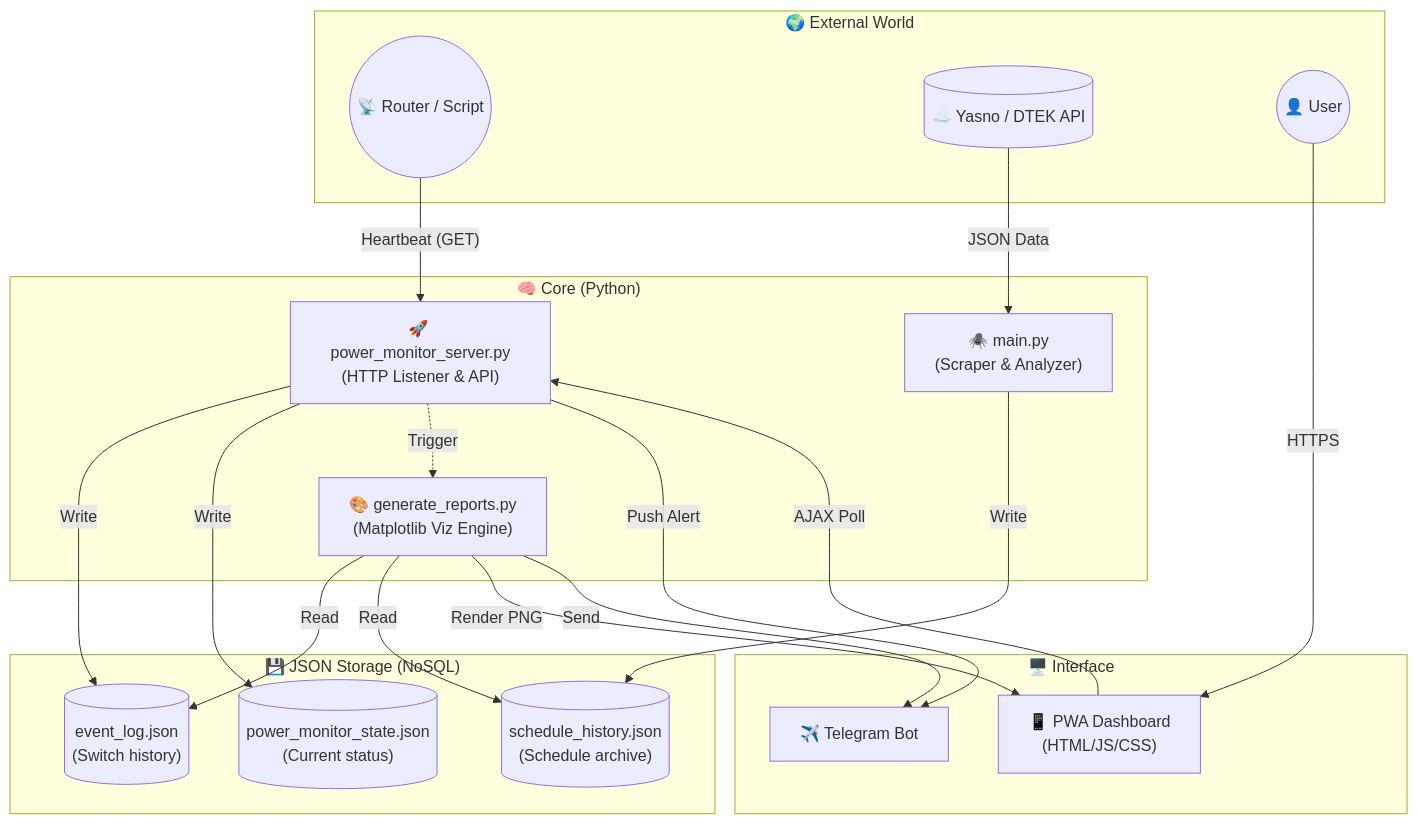
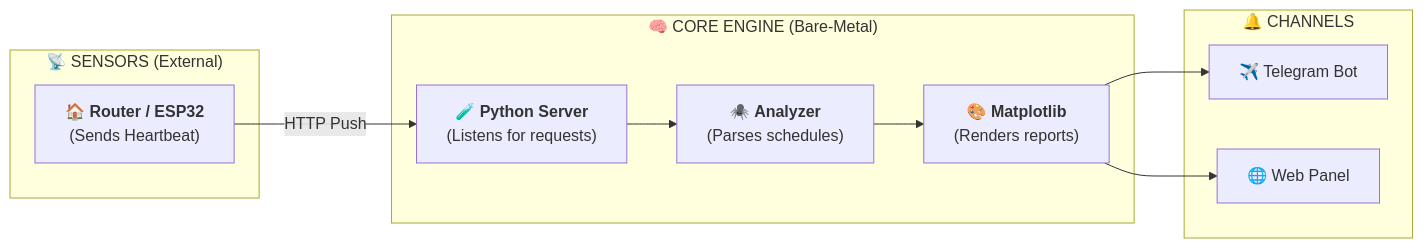
The diagram in README_ENG.md (weby-homelab/light-monitor-kyiv), drawn with Mermaid before and after one commit. The commit also changed other lines of this file and 1 other file, not shown here.

````diff
--- a/README_ENG.md
+++ b/README_ENG.md
@@ -48,44 +31,23 @@
 ```mermaid
-graph TD
-    subgraph External["🌍 External World"]
-        Router(("📡 Router / Script"))
-        Yasno[("☁️ Yasno / DTEK API")]
-        User(("👤 User"))
+graph LR
+    subgraph Sensors ["📡 SENSORS (External)"]
+        Router["🏠 <b>Router / ESP32</b><br/>(Sends Heartbeat)"]
     end
 
-    subgraph Backend["🧠 Core (Python)"]
-        Monitor["🚀 power_monitor_server.py<br>(HTTP Listener & API)"]
-        Scraper["🕷️ main.py<br>(Scraper & Analyzer)"]
-        Generator["🎨 generate_reports.py<br>(Matplotlib Viz Engine)"]
+    subgraph Core ["🧠 CORE ENGINE (Bare-Metal)"]
+        API["🧪 <b>Python Server</b><br/>(Listens for requests)"]
+        Parser["🕷️ <b>Analyzer</b><br/>(Parses schedules)"]
+        Viz["🎨 <b>Matplotlib</b><br/>(Renders reports)"]
     end
 
-    subgraph Database["💾 JSON Storage (NoSQL)"]
-        EventLog[("event_log.json<br>(Switch history)")]
-        SchedLog[("schedule_history.json<br>(Schedule archive)")]
-        State[("power_monitor_state.json<br>(Current status)")]
+    subgraph Notify ["🔔 CHANNELS"]
+        TG["✈️ Telegram Bot"]
+        Web["🌐 Web Panel"]
     end
 
-    subgraph Frontend["🖥️ Interface"]
-        TG["✈️ Telegram Bot"]
-        PWA["📱 PWA Dashboard<br>(HTML/JS/CSS)"]
-    end
-
-    %% Data Flow
-    Router -- "Heartbeat (GET)" --> Monitor
-    Yasno -- "JSON Data" --> Scraper
-    
-    %% Logic
-    Monitor -- "Write" --> EventLog & State
-    Scraper -- "Write" --> SchedLog
-    Monitor -.-> |"Trigger"| Generator
-    
-    %% Visualization
-    Generator -- "Read" --> EventLog & SchedLog
-    Generator -- "Render PNG" --> PWA
-    Generator -- "Send" --> TG
-    
-    %% User Interaction
-    Monitor -- "Push Alert" --> TG
-    User -- "HTTPS" --> PWA
-    PWA -- "AJAX Poll" --> Monitor
+    Router -- "HTTP Push" --> API
+    API --> Parser
+    Parser --> Viz
+    Viz --> TG
+    Viz --> Web
 ```
````
